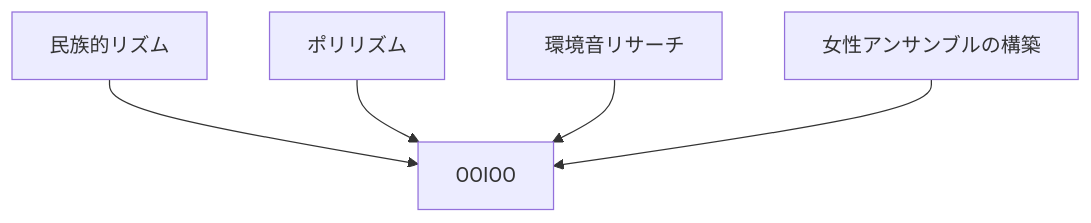
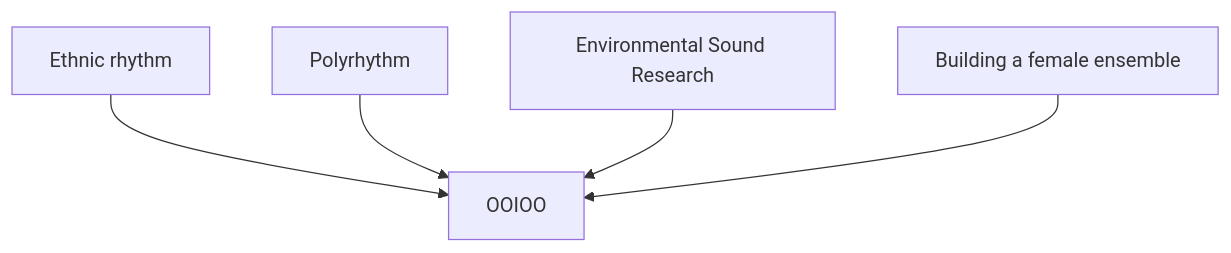
Before and after one commit to monumental-movement/monumental-movement.github.io: the fourth of 6 diagrams in en/_posts/2025-12-05-column-boredoms.md, drawn with Mermaid. The commit also changed other lines of this file and 801 other files, not shown here.

```diff
--- a/en/_posts/2025-12-05-column-boredoms.md
+++ b/en/_posts/2025-12-05-column-boredoms.md
@@ -192,7 +193,7 @@
 <div class="mermaid">
 flowchart TD
-    A["民族的リズム"] --> X["OOIOO"]
-    B["ポリリズム"] --> X
-    C["環境音リサーチ"] --> X
-    D["女性アンサンブルの構築"] --> X
+    A["Ethnic rhythm"] --> X["OOIOO"]
+    B["Polyrhythm"] --> X
+    C["Environmental Sound Research"] --> X
+    D["Building a female ensemble"] --> X
 </div>
```
